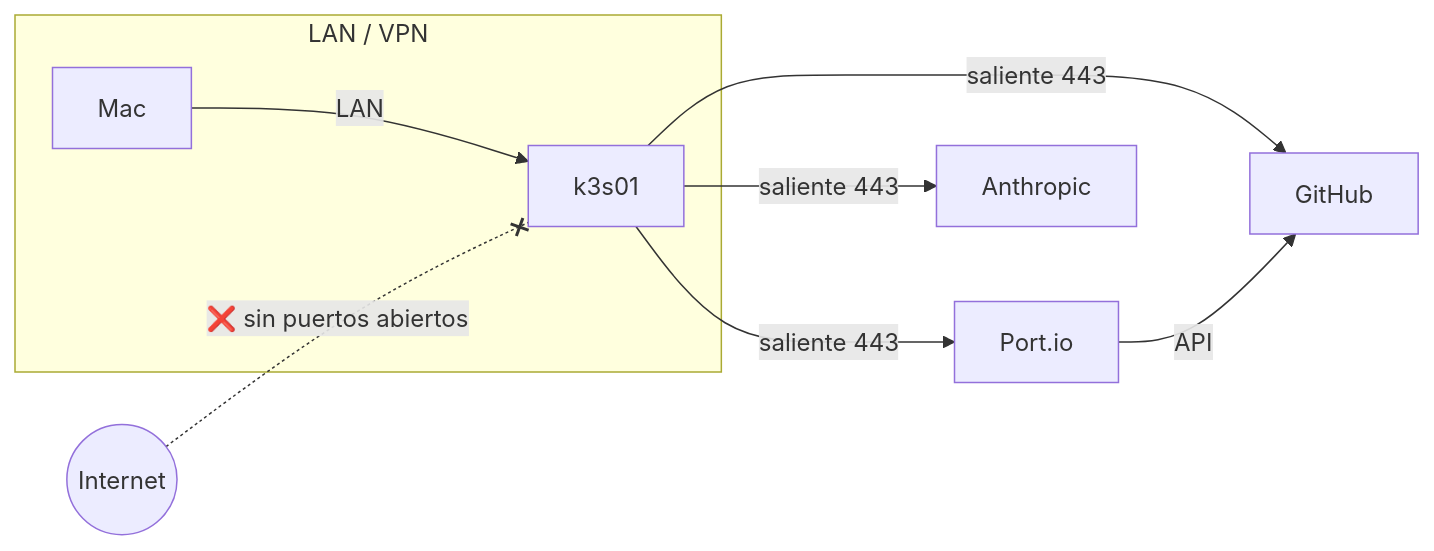
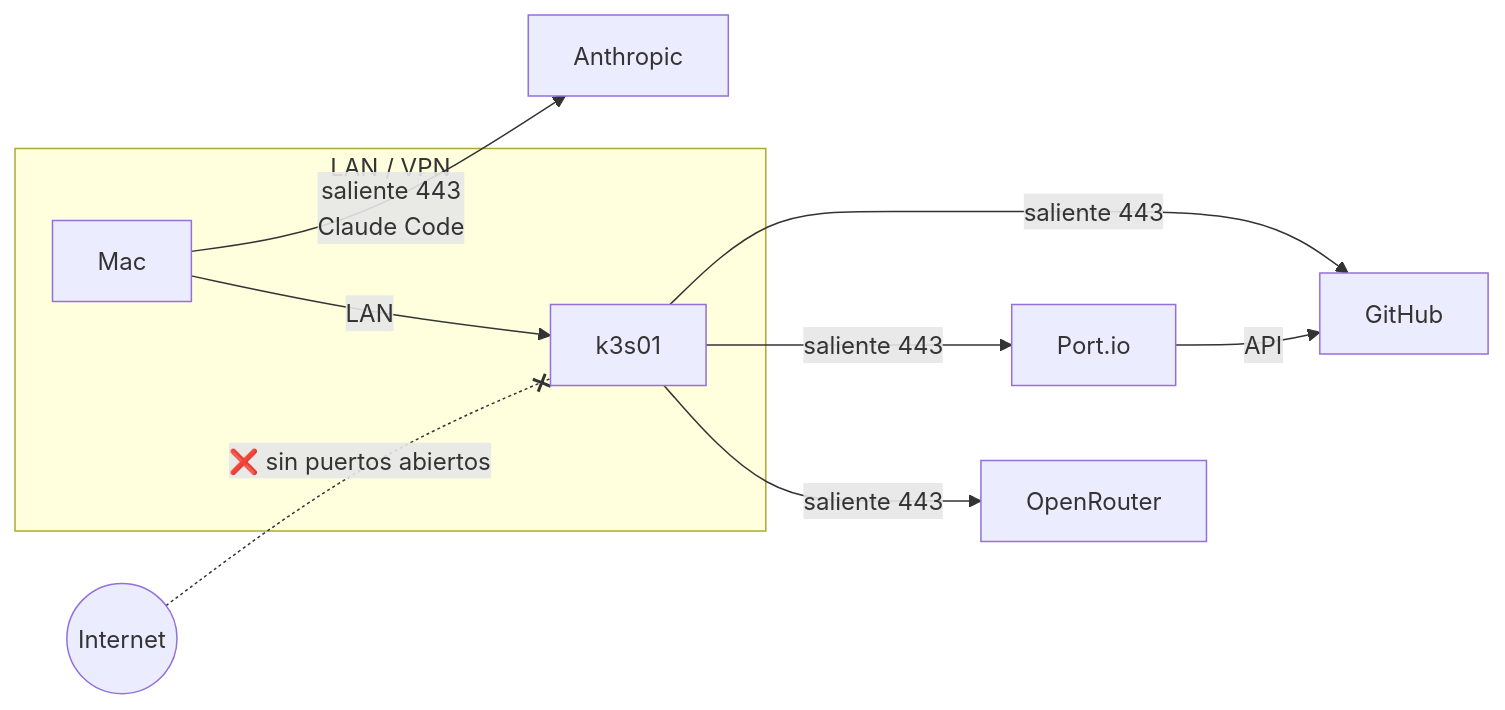
The second of 7 diagrams in docs/01-arquitectura.md (elpalmeral-org/agentic-platform-lab), drawn with Mermaid before and after one commit. The commit also changed other lines of this file and 9 other files, not shown here.

````diff
--- a/docs/01-arquitectura.md
+++ b/docs/01-arquitectura.md
@@ -55,16 +60,18 @@
 ```mermaid
 flowchart LR
     subgraph LAN["LAN / VPN"]
         K3S["k3s01"]
         MAC["Mac"]
     end
     GH["GitHub"]
     PORT["Port.io"]
+    ORT["OpenRouter"]
     ANT["Anthropic"]
     K3S -- "saliente 443" --> GH
     K3S -- "saliente 443" --> PORT
-    K3S -- "saliente 443" --> ANT
+    K3S -- "saliente 443" --> ORT
+    MAC -- "saliente 443<br/>Claude Code" --> ANT
     PORT -- "API" --> GH
     MAC -- "LAN" --> K3S
     INET(("Internet")) -. "❌ sin puertos abiertos" .-x K3S
 ```
````
